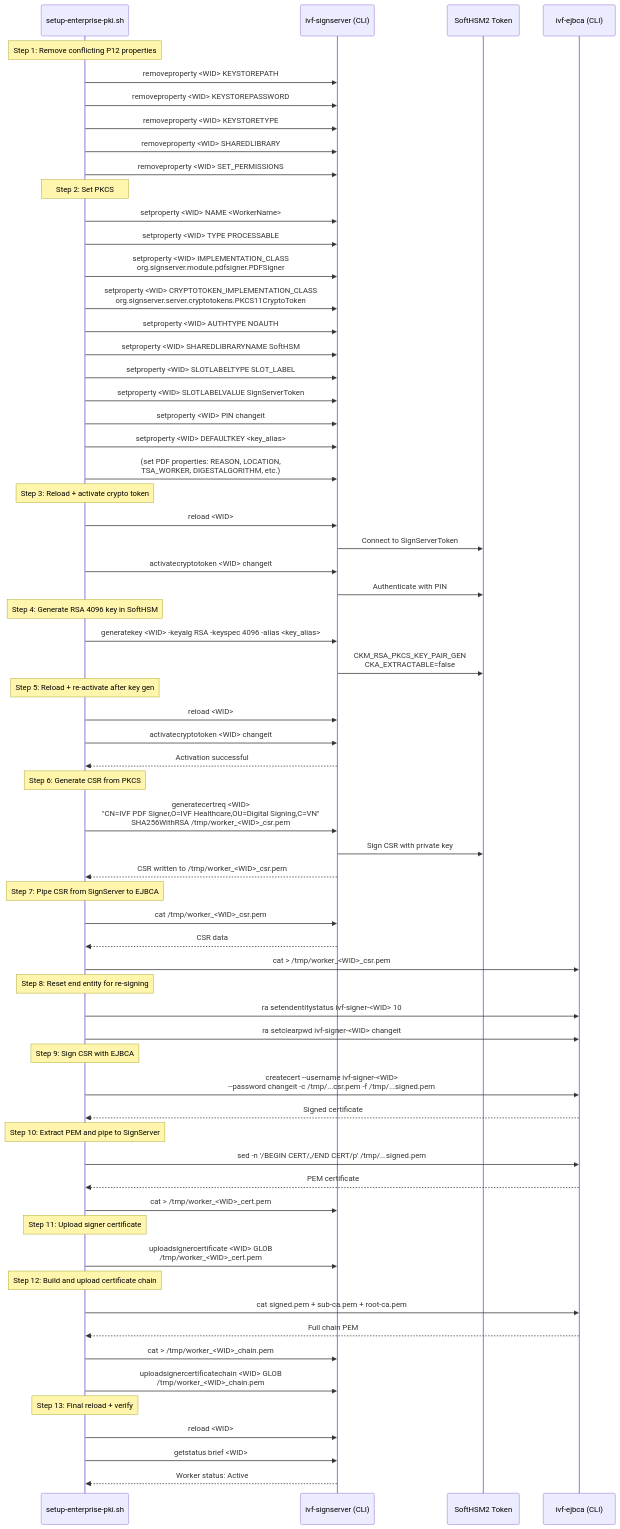
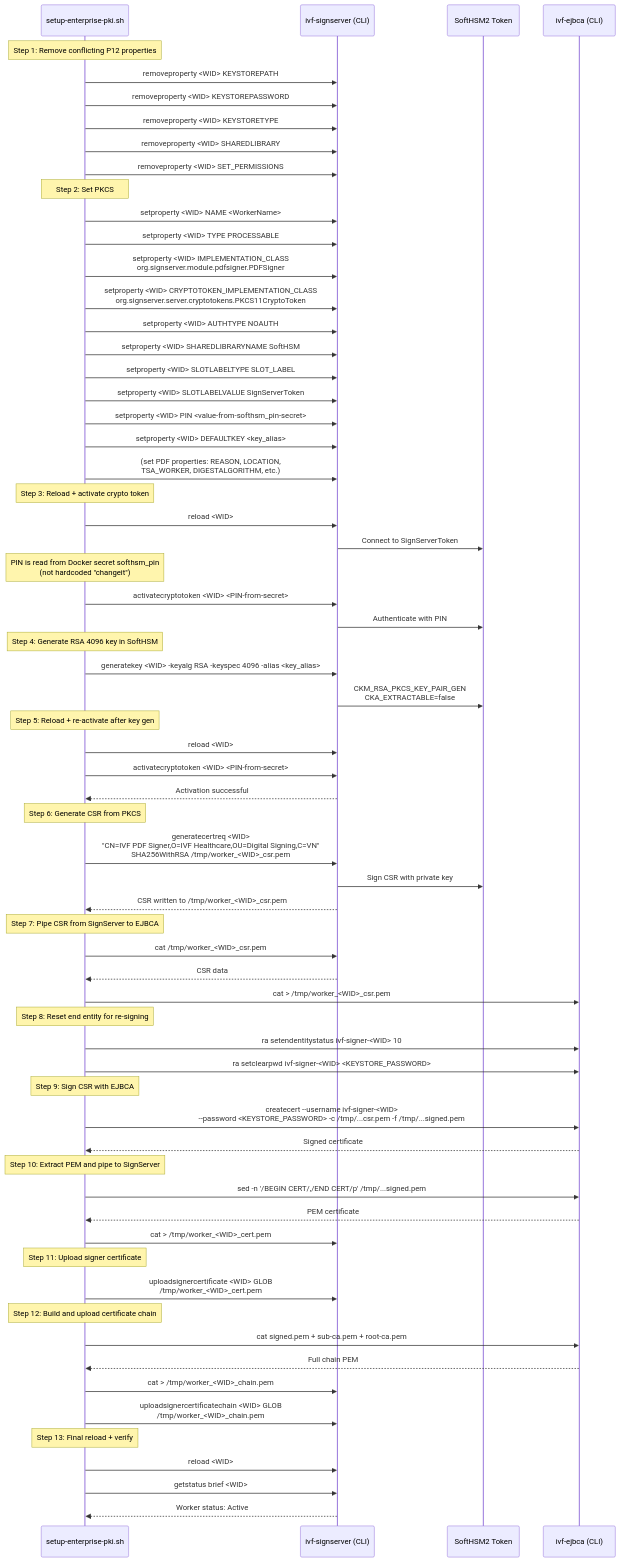
One commit to Hung6066/IVF changed the fifth of 8 diagrams in docs/enterprise_pki_guide.md. Above: the diagram before and after it, drawn with Mermaid. The commit also changed other lines of this file and 48 other files, not shown here.

````diff
--- a/docs/enterprise_pki_guide.md
+++ b/docs/enterprise_pki_guide.md
@@ -321,79 +399,80 @@
 ```mermaid
 sequenceDiagram
     participant Script as setup-enterprise-pki.sh
     participant SS as ivf-signserver (CLI)
     participant HSM as SoftHSM2 Token
     participant EJBCA as ivf-ejbca (CLI)
 
     Note over Script: Step 1: Remove conflicting P12 properties
     Script->>SS: removeproperty <WID> KEYSTOREPATH
     Script->>SS: removeproperty <WID> KEYSTOREPASSWORD
     Script->>SS: removeproperty <WID> KEYSTORETYPE
     Script->>SS: removeproperty <WID> SHAREDLIBRARY
     Script->>SS: removeproperty <WID> SET_PERMISSIONS
 
     Note over Script: Step 2: Set PKCS#11 worker properties
     Script->>SS: setproperty <WID> NAME <WorkerName>
     Script->>SS: setproperty <WID> TYPE PROCESSABLE
     Script->>SS: setproperty <WID> IMPLEMENTATION_CLASS<br/>org.signserver.module.pdfsigner.PDFSigner
     Script->>SS: setproperty <WID> CRYPTOTOKEN_IMPLEMENTATION_CLASS<br/>org.signserver.server.cryptotokens.PKCS11CryptoToken
     Script->>SS: setproperty <WID> AUTHTYPE NOAUTH
     Script->>SS: setproperty <WID> SHAREDLIBRARYNAME SoftHSM
     Script->>SS: setproperty <WID> SLOTLABELTYPE SLOT_LABEL
     Script->>SS: setproperty <WID> SLOTLABELVALUE SignServerToken
-    Script->>SS: setproperty <WID> PIN changeit
+    Script->>SS: setproperty <WID> PIN <value-from-softhsm_pin-secret>
     Script->>SS: setproperty <WID> DEFAULTKEY <key_alias>
     Script->>SS: (set PDF properties: REASON, LOCATION,<br/>TSA_WORKER, DIGESTALGORITHM, etc.)
 
     Note over Script: Step 3: Reload + activate crypto token
     Script->>SS: reload <WID>
     SS->>HSM: Connect to SignServerToken
-    Script->>SS: activatecryptotoken <WID> changeit
+    Note over Script: PIN is read from Docker secret softhsm_pin<br/>(not hardcoded "changeit")
+    Script->>SS: activatecryptotoken <WID> <PIN-from-secret>
     SS->>HSM: Authenticate with PIN
 
     Note over Script: Step 4: Generate RSA 4096 key in SoftHSM
     Script->>SS: generatekey <WID> -keyalg RSA -keyspec 4096 -alias <key_alias>
     SS->>HSM: CKM_RSA_PKCS_KEY_PAIR_GEN<br/>CKA_EXTRACTABLE=false
 
     Note over Script: Step 5: Reload + re-activate after key gen
     Script->>SS: reload <WID>
-    Script->>SS: activatecryptotoken <WID> changeit
+    Script->>SS: activatecryptotoken <WID> <PIN-from-secret>
     SS-->>Script: Activation successful
 
     Note over Script: Step 6: Generate CSR from PKCS#11 key
     Script->>SS: generatecertreq <WID><br/>"CN=IVF PDF Signer,O=IVF Healthcare,OU=Digital Signing,C=VN"<br/>SHA256WithRSA /tmp/worker_<WID>_csr.pem
     SS->>HSM: Sign CSR with private key
     SS-->>Script: CSR written to /tmp/worker_<WID>_csr.pem
 
     Note over Script: Step 7: Pipe CSR from SignServer to EJBCA
     Script->>SS: cat /tmp/worker_<WID>_csr.pem
     SS-->>Script: CSR data
     Script->>EJBCA: cat > /tmp/worker_<WID>_csr.pem
 
     Note over Script: Step 8: Reset end entity for re-signing
     Script->>EJBCA: ra setendentitystatus ivf-signer-<WID> 10
-    Script->>EJBCA: ra setclearpwd ivf-signer-<WID> changeit
+    Script->>EJBCA: ra setclearpwd ivf-signer-<WID> <KEYSTORE_PASSWORD>
 
     Note over Script: Step 9: Sign CSR with EJBCA
-    Script->>EJBCA: createcert --username ivf-signer-<WID><br/>--password changeit -c /tmp/...csr.pem -f /tmp/...signed.pem
+    Script->>EJBCA: createcert --username ivf-signer-<WID><br/>--password <KEYSTORE_PASSWORD> -c /tmp/...csr.pem -f /tmp/...signed.pem
     EJBCA-->>Script: Signed certificate
 
     Note over Script: Step 10: Extract PEM and pipe to SignServer
     Script->>EJBCA: sed -n '/BEGIN CERT/,/END CERT/p' /tmp/...signed.pem
     EJBCA-->>Script: PEM certificate
     Script->>SS: cat > /tmp/worker_<WID>_cert.pem
 
     Note over Script: Step 11: Upload signer certificate
     Script->>SS: uploadsignercertificate <WID> GLOB<br/>/tmp/worker_<WID>_cert.pem
 
     Note over Script: Step 12: Build and upload certificate chain
     Script->>EJBCA: cat signed.pem + sub-ca.pem + root-ca.pem
     EJBCA-->>Script: Full chain PEM
     Script->>SS: cat > /tmp/worker_<WID>_chain.pem
     Script->>SS: uploadsignercertificatechain <WID> GLOB<br/>/tmp/worker_<WID>_chain.pem
 
     Note over Script: Step 13: Final reload + verify
     Script->>SS: reload <WID>
     Script->>SS: getstatus brief <WID>
     SS-->>Script: Worker status: Active
 ```
````
